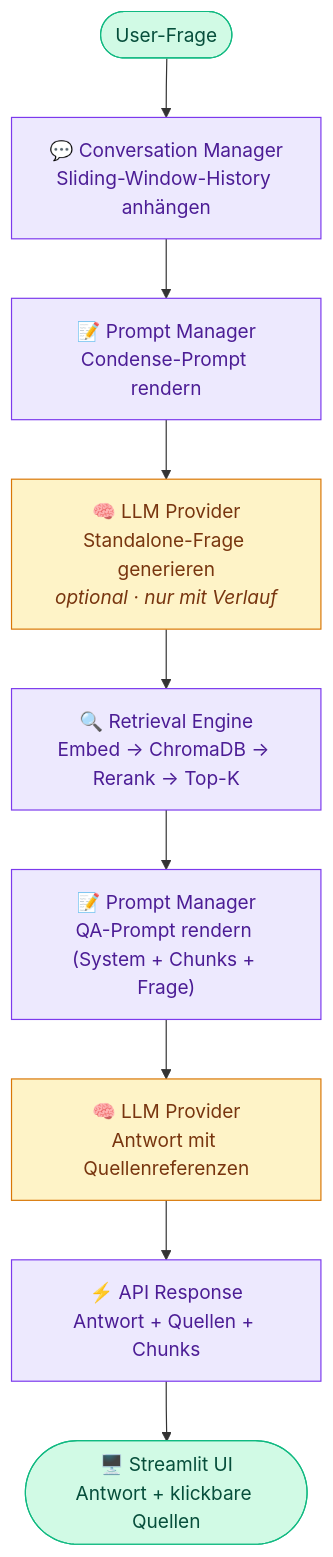
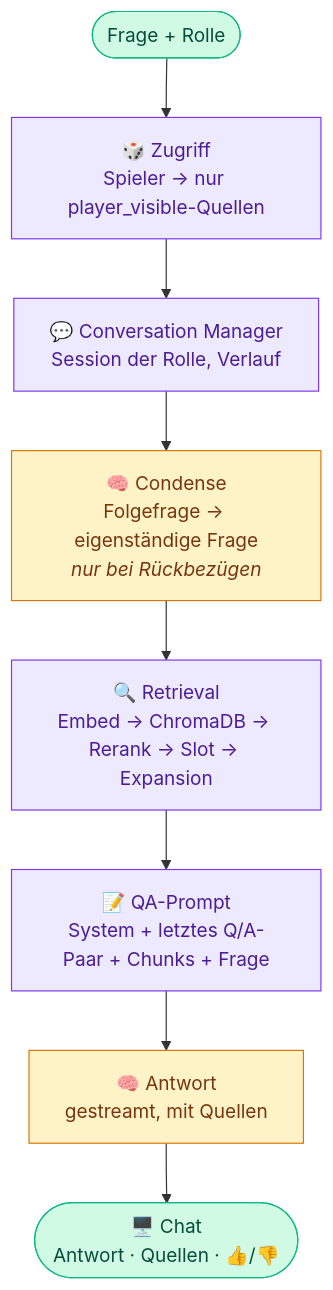
Before and after one commit to FabianHentrich/lorekeeper: the second of 2 diagrams in ARCHITECTURE.md, drawn with Mermaid. The commit also changed other lines of this file and 15 other files, not shown here.

````diff
--- a/ARCHITECTURE.md
+++ b/ARCHITECTURE.md
@@ -123,21 +127,20 @@
 ```mermaid
 flowchart TD
-    Q([User-Frage])
-    CM["💬 Conversation Manager<br/>Sliding-Window-History anhängen"]
-    PM1["📝 Prompt Manager<br/>Condense-Prompt rendern"]
-    LLM1["🧠 LLM Provider<br/>Standalone-Frage generieren<br/><i>optional · nur mit Verlauf</i>"]
-    RET["🔍 Retrieval Engine<br/>Embed → ChromaDB → Rerank → Top-K"]
-    PM2["📝 Prompt Manager<br/>QA-Prompt rendern (System + Chunks + Frage)"]
-    LLM2["🧠 LLM Provider<br/>Antwort mit Quellenreferenzen"]
-    API["⚡ API Response<br/>Antwort + Quellen + Chunks"]
-    UI([🖥️ Streamlit UI<br/>Antwort + klickbare Quellen])
+    Q([Frage + Rolle])
+    ACC["🎲 Zugriff<br/>Spieler → nur player_visible-Quellen"]
+    CM["💬 Conversation Manager<br/>Session der Rolle, Verlauf"]
+    LLM1["🧠 Condense<br/>Folgefrage → eigenständige Frage<br/><i>nur bei Rückbezügen</i>"]
+    RET["🔍 Retrieval<br/>Embed → ChromaDB → Rerank → Slot → Expansion"]
+    PM["📝 QA-Prompt<br/>System + letztes Q/A-Paar + Chunks + Frage"]
+    LLM2["🧠 Antwort<br/>gestreamt, mit Quellen"]
+    UI([🖥️ Chat<br/>Antwort · Quellen · 👍/👎])
 
-    Q --> CM --> PM1 --> LLM1 --> RET --> PM2 --> LLM2 --> API --> UI
+    Q --> ACC --> CM --> LLM1 --> RET --> PM --> LLM2 --> UI
 
     classDef io fill:#d1fae5,stroke:#10b981,color:#064e3b
     classDef llm fill:#fef3c7,stroke:#d97706,color:#78350f
     classDef svc fill:#ede9fe,stroke:#7c3aed,color:#4c1d95
     class Q,UI io
     class LLM1,LLM2 llm
-    class CM,PM1,PM2,RET,API svc
+    class ACC,CM,RET,PM svc
 ```
````
